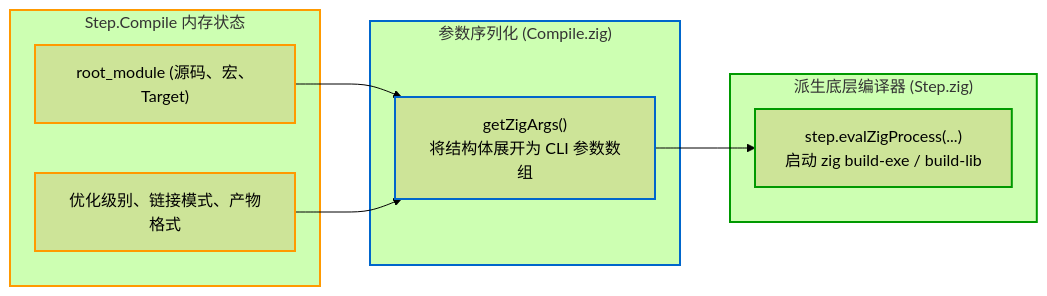
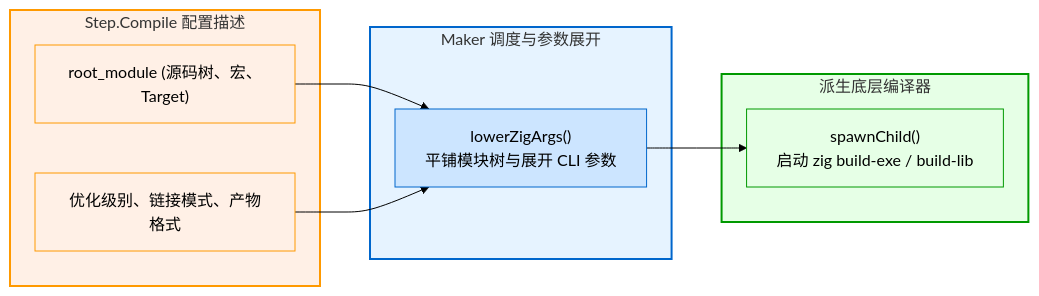
Before and after one commit to jiacai2050/x: the diagram in zig-build/src/internals/step-compile-internals.md, drawn with Mermaid (forest theme). The commit also changed other lines of this file and 37 other files, not shown here.

Commit message:
zig-build upgrade to 0.17 (#52)

````diff
--- a/zig-build/src/internals/step-compile-internals.md
+++ b/zig-build/src/internals/step-compile-internals.md
@@ -11,28 +11,27 @@
 ```mermaid
 graph LR
-    subgraph Step_State ["Step.Compile 内存状态"]
-        S_Mod["root_module (源码、宏、Target)"]
+    subgraph Step_State ["Step.Compile 配置描述"]
+        S_Mod["root_module (源码树、宏、Target)"]
         S_Opts["优化级别、链接模式、产物格式"]
     end
 
-    subgraph Serializer ["参数序列化 (Compile.zig)"]
-        G_Args["getZigArgs()<br/>将结构体展开为 CLI 参数数组"]
+    subgraph Maker_Schedule ["Maker 调度与参数展开"]
+        G_Args["lowerZigArgs()<br/>平铺模块树与展开 CLI 参数"]
     end
 
-    subgraph Spawn_Proc ["派生底层编译器 (Step.zig)"]
-        E_Proc["step.evalZigProcess(...)<br/>启动 zig build-exe / build-lib"]
+    subgraph Spawn_Proc ["派生底层编译器"]
+        E_Proc["spawnChild()<br/>启动 zig build-exe / build-lib"]
     end
 
     S_Mod --> G_Args
     S_Opts --> G_Args
     G_Args --> E_Proc
 
-    classDef default stroke:#495057;
-    style Step_State stroke:#ff9900,stroke-width:2px;
-    style Serializer stroke:#0066cc,stroke-width:2px;
-    style Spawn_Proc stroke:#009900,stroke-width:2px;
-    style S_Mod stroke:#ff9900,stroke-width:2px;
-    style S_Opts stroke:#ff9900,stroke-width:2px;
-    style G_Args stroke:#0066cc,stroke-width:2px;
-    style E_Proc stroke:#009900,stroke-width:2px;
+    style Step_State fill:#fff0e6,stroke:#ff9900,stroke-width:2px
+    style Maker_Schedule fill:#e6f3ff,stroke:#0066cc,stroke-width:2px
+    style Spawn_Proc fill:#e6ffe6,stroke:#009900,stroke-width:2px
+    style S_Mod fill:#fff0e6,stroke:#ff9900
+    style S_Opts fill:#fff0e6,stroke:#ff9900
+    style G_Args fill:#cce5ff,stroke:#0066cc
+    style E_Proc fill:#e6ffe6,stroke:#009900
 ```
````
